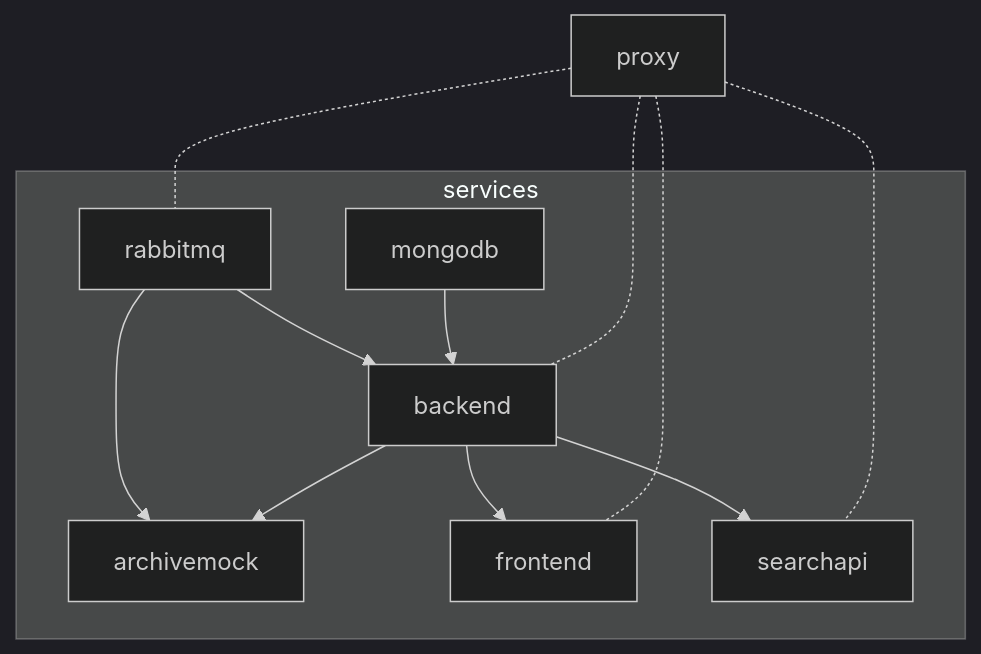
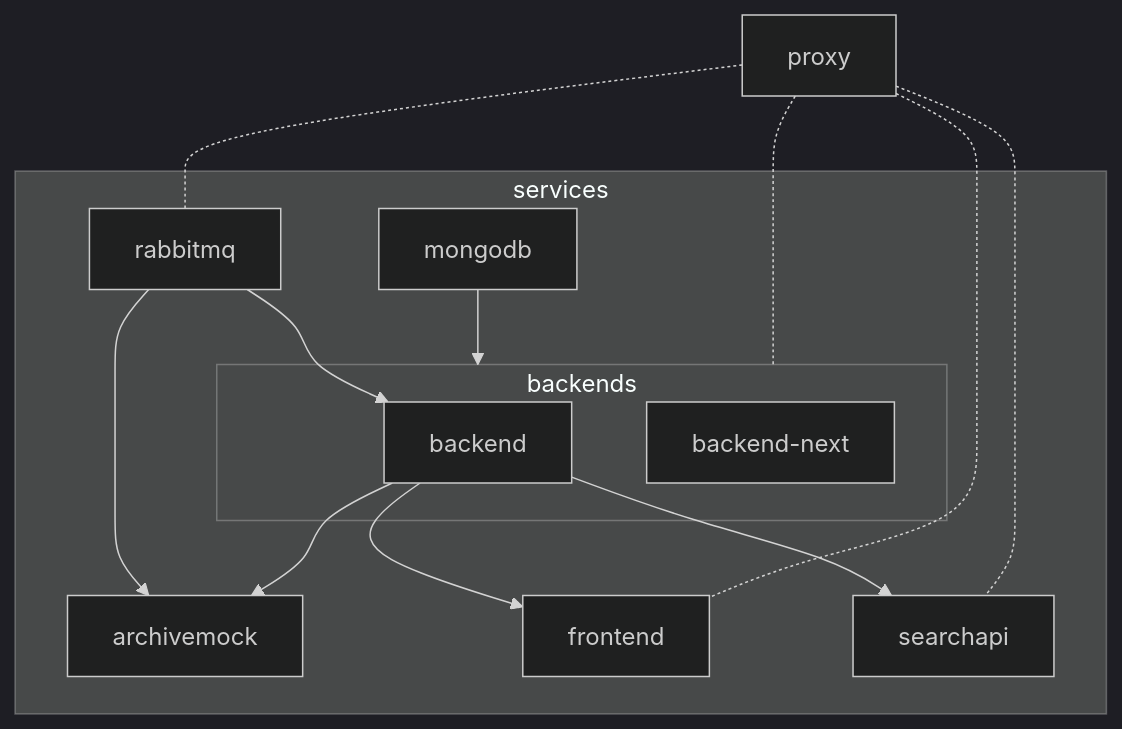
One commit to SciCatProject/scicatlive changed the diagram in README.md. Above: the diagram before and after it, drawn with Mermaid (dark theme). The commit also changed other lines of this file and 3 other files, not shown here.

````diff
--- a/README.md
+++ b/README.md
@@ -38,15 +38,21 @@
 ```mermaid
-graph TD;
-   subgraph services;
-      rabbitmq --> archivemock;
-      rabbitmq --> backend;
-      mongodb --> backend;
-      backend --> archivemock;
-      backend --> frontend;
-      backend --> searchapi;
-   end;
-   proxy -.- backend;
-   proxy -.- frontend;
-   proxy -.- searchapi;
-   proxy -.- rabbitmq;
+graph TD
+   subgraph services
+      subgraph backends
+         backend
+         backend-next
+      end
+
+      rabbitmq --> archivemock
+      rabbitmq --> backend
+      mongodb --> backends
+      backend --> archivemock
+      backend --> frontend
+      backend --> searchapi
+   end
+
+   proxy -.- backends
+   proxy -.- frontend
+   proxy -.- searchapi
+   proxy -.- rabbitmq
 ```
````
